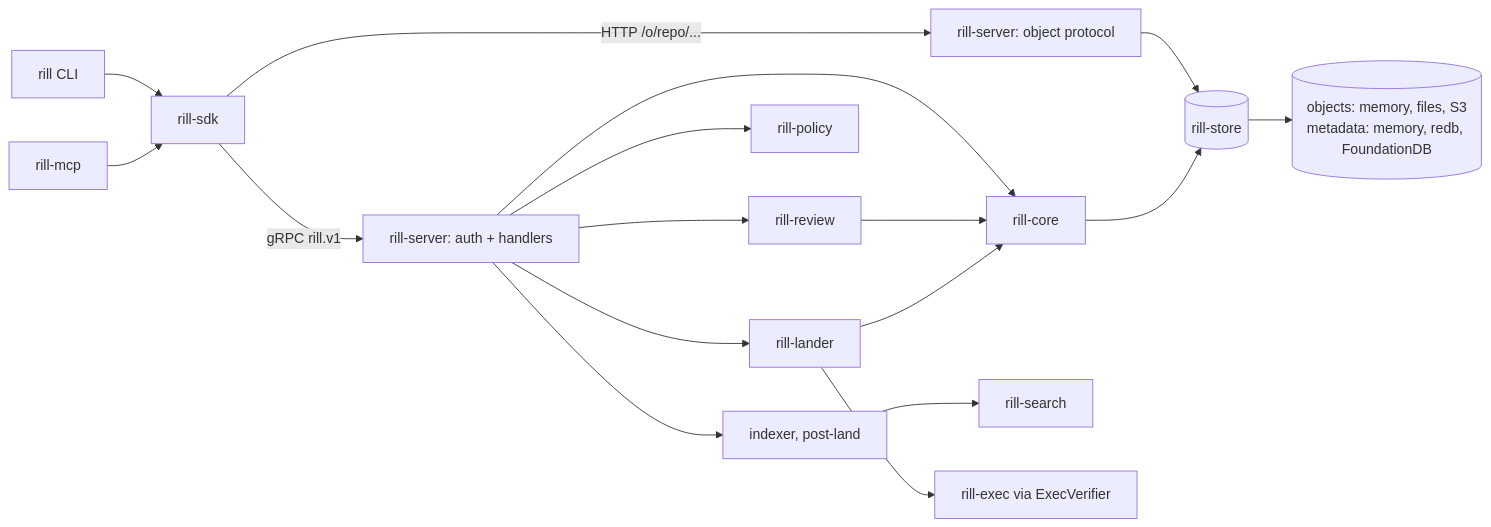
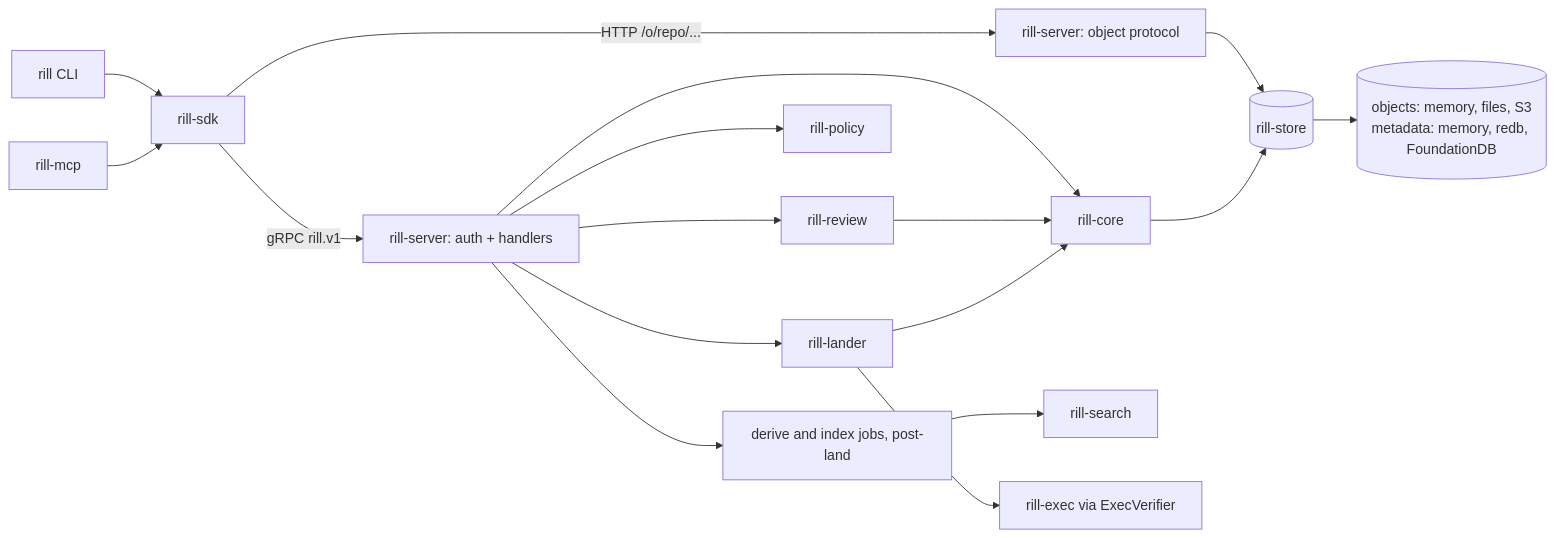
The second of 3 diagrams in architecture/01-overview/system-model.md (envoy1084/rill), drawn with Mermaid before and after one commit. The commit also changed other lines of this file and 16 other files, not shown here.

````diff
--- a/architecture/01-overview/system-model.md
+++ b/architecture/01-overview/system-model.md
@@ -36,19 +36,19 @@
 ```mermaid
 flowchart LR
   CLI[rill CLI] --> SDK[rill-sdk]
   MCP[rill-mcp] --> SDK
   SDK -->|gRPC rill.v1| GRPC[rill-server: auth + handlers]
   SDK -->|HTTP /o/repo/...| OBJ[rill-server: object protocol]
   GRPC --> Review[rill-review]
   GRPC --> Lander[rill-lander]
   GRPC --> Policy[rill-policy]
   GRPC --> Core[rill-core]
-  GRPC --> Workers[indexer, post-land]
+  GRPC --> Workers[derive and index jobs, post-land]
   Workers --> Search[rill-search]
   Lander --> Exec[rill-exec via ExecVerifier]
   Review --> Core
   Lander --> Core
   OBJ --> Store
   Core --> Store[(rill-store)]
   Store --> Backend[(objects: memory, files, S3<br/>metadata: memory, redb, FoundationDB)]
 ```
````
